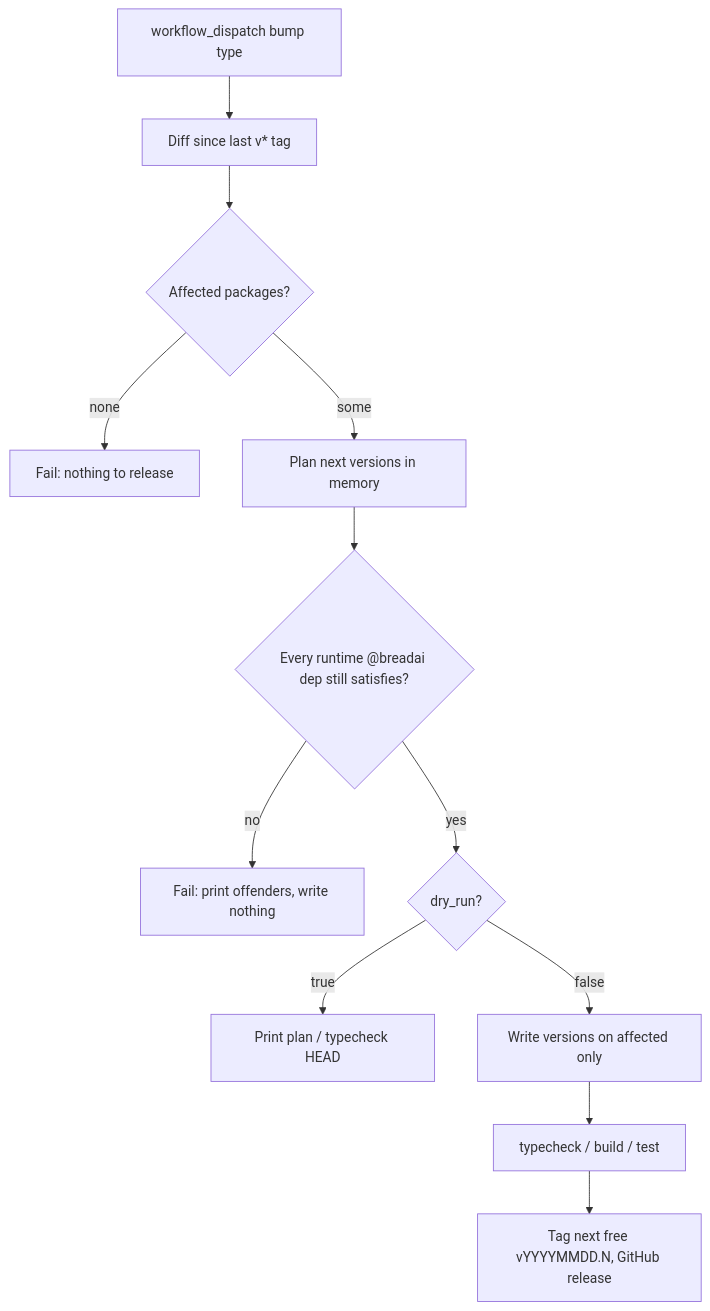
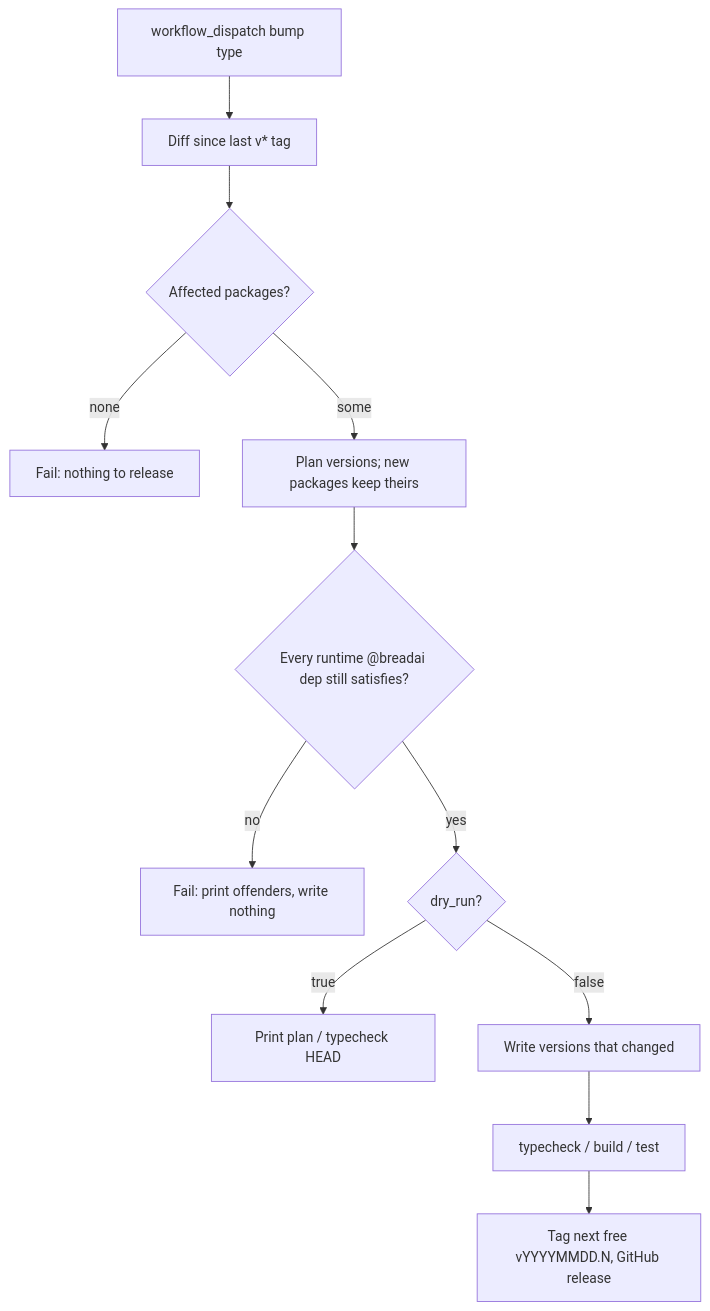
One commit to matteozambon89/bread changed the diagram in CLAUDE.md. Above: the diagram before and after it, drawn with Mermaid. The commit also changed other lines of this file and 4 other files, not shown here.

````diff
--- a/CLAUDE.md
+++ b/CLAUDE.md
@@ -207,14 +210,14 @@
 ```mermaid
 flowchart TD
   A[workflow_dispatch bump type] --> B[Diff since last v* tag]
   B --> C{Affected packages?}
   C -->|none| D[Fail: nothing to release]
-  C -->|some| E[Plan next versions in memory]
+  C -->|some| E[Plan versions; new packages keep theirs]
   E --> F{Every runtime @breadai dep still satisfies?}
   F -->|no| G[Fail: print offenders, write nothing]
   F -->|yes| H{dry_run?}
   H -->|true| I[Print plan / typecheck HEAD]
-  H -->|false| J[Write versions on affected only]
+  H -->|false| J[Write versions that changed]
   J --> K[typecheck / build / test]
   K --> L[Tag next free vYYYYMMDD.N, GitHub release]
 ```
````
